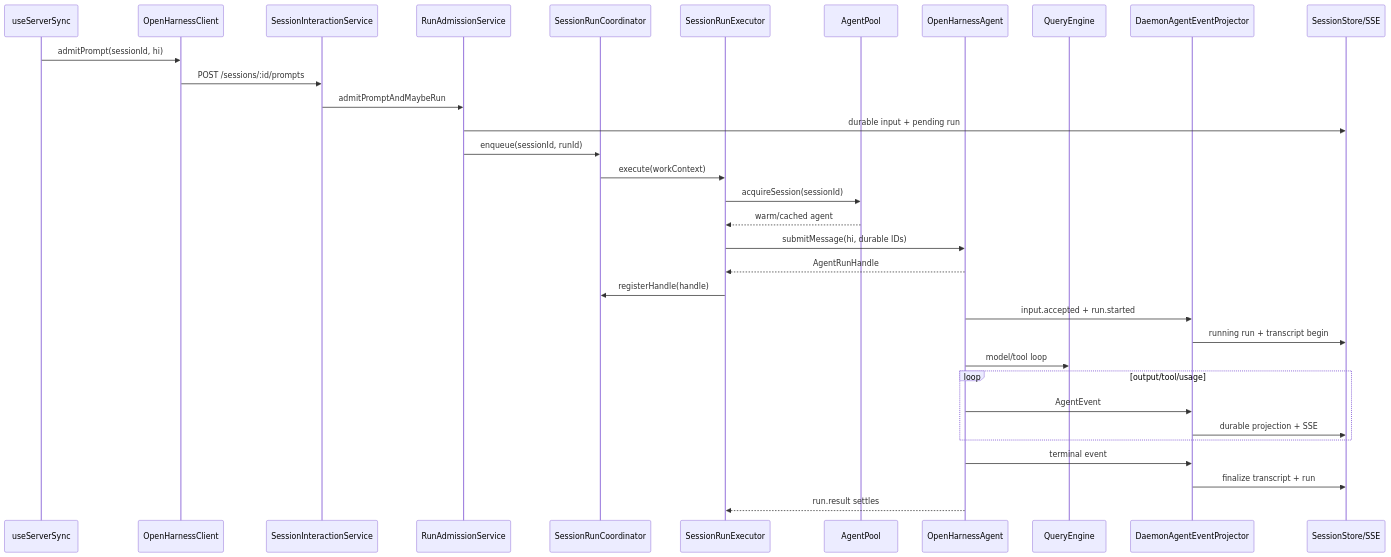
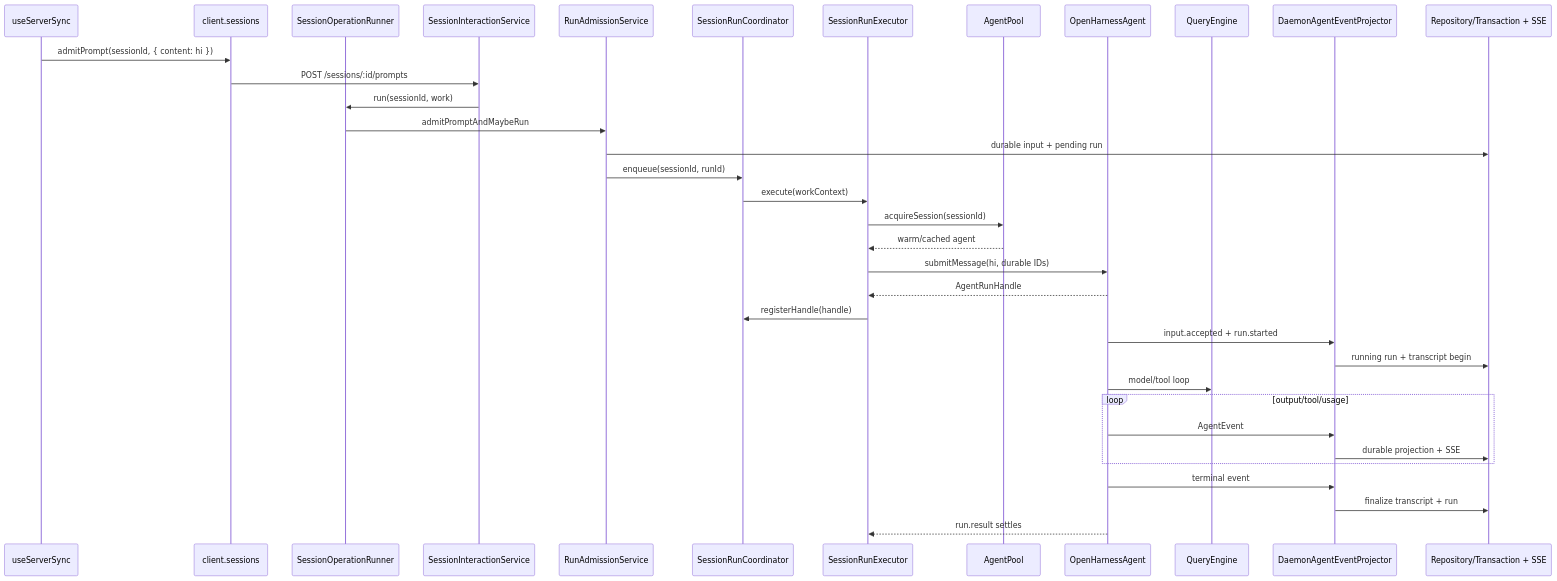
Before and after one commit to rzx007/Vykor: the second of 4 diagrams in docs/daemon-application-architecture.md, drawn with Mermaid. The commit also changed other lines of this file and 6 other files, not shown here.

````diff
--- a/docs/daemon-application-architecture.md
+++ b/docs/daemon-application-architecture.md
@@ -128,36 +131,38 @@
 ```mermaid
 sequenceDiagram
   participant UI as useServerSync
-  participant C as OpenHarnessClient
+  participant C as client.sessions
+  participant R as SessionOperationRunner
   participant A as SessionInteractionService
   participant E as RunAdmissionService
   participant L as SessionRunCoordinator
   participant X as SessionRunExecutor
   participant P as AgentPool
   participant G as OpenHarnessAgent
   participant Q as QueryEngine
   participant D as DaemonAgentEventProjector
-  participant S as SessionStore/SSE
+  participant S as Repository/Transaction + SSE
 
-  UI->>C: admitPrompt(sessionId, hi)
+  UI->>C: admitPrompt(sessionId, { content: hi })
   C->>A: POST /sessions/:id/prompts
-  A->>E: admitPromptAndMaybeRun
+  A->>R: run(sessionId, work)
+  R->>E: admitPromptAndMaybeRun
   E->>S: durable input + pending run
   E->>L: enqueue(sessionId, runId)
   L->>X: execute(workContext)
   X->>P: acquireSession(sessionId)
   P-->>X: warm/cached agent
   X->>G: submitMessage(hi, durable IDs)
   G-->>X: AgentRunHandle
   X->>L: registerHandle(handle)
   G->>D: input.accepted + run.started
   D->>S: running run + transcript begin
   G->>Q: model/tool loop
   loop output/tool/usage
     G->>D: AgentEvent
     D->>S: durable projection + SSE
   end
   G->>D: terminal event
   D->>S: finalize transcript + run
   G-->>X: run.result settles
 ```
````
